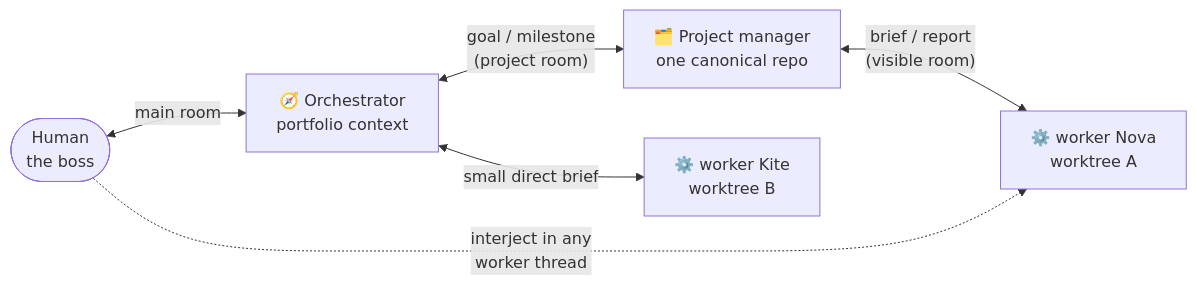
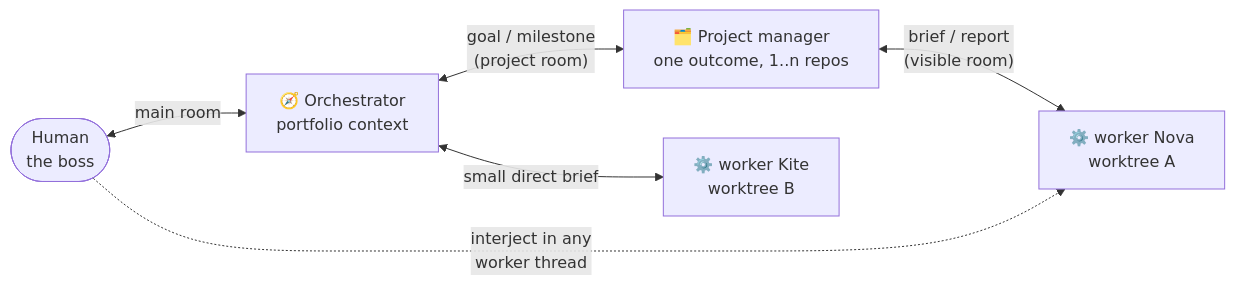
The second of 2 diagrams in docs/architecture.md (Dri-water/be-a-boss), drawn with Mermaid before and after one commit. The commit also changed other lines of this file and 31 other files, not shown here.

````diff
--- a/docs/architecture.md
+++ b/docs/architecture.md
@@ -72,8 +76,8 @@
 ```mermaid
 flowchart LR
     H([Human<br/>the boss]) <-->|main room| O[🧭 Orchestrator<br/>portfolio context]
-    O <-->|"goal / milestone<br/>(project room)"| PM[🗂️ Project manager<br/>one canonical repo]
+    O <-->|"goal / milestone<br/>(project room)"| PM[🗂️ Project manager<br/>one outcome, 1..n repos]
     PM <-->|"brief / report<br/>(visible room)"| C1[⚙️ worker Nova<br/>worktree A]
     O <-->|"small direct brief"| C2[⚙️ worker Kite<br/>worktree B]
     H -.->|"interject in any<br/>worker thread"| C1
 ```
````
